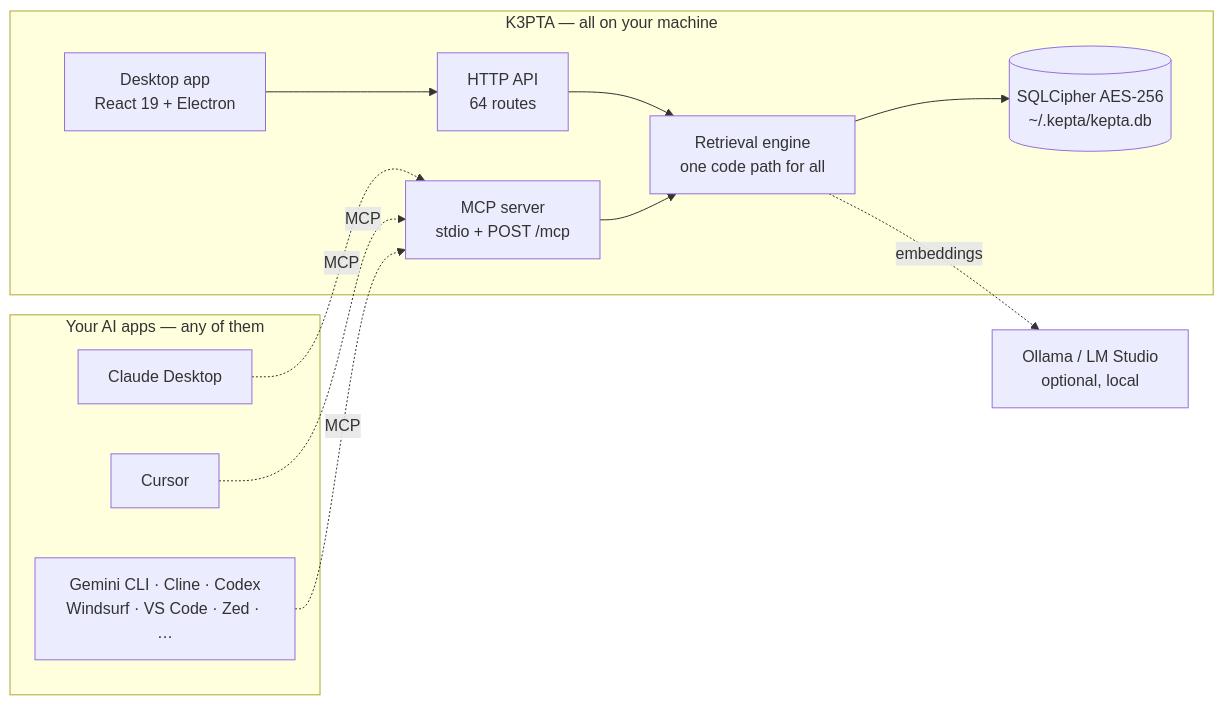
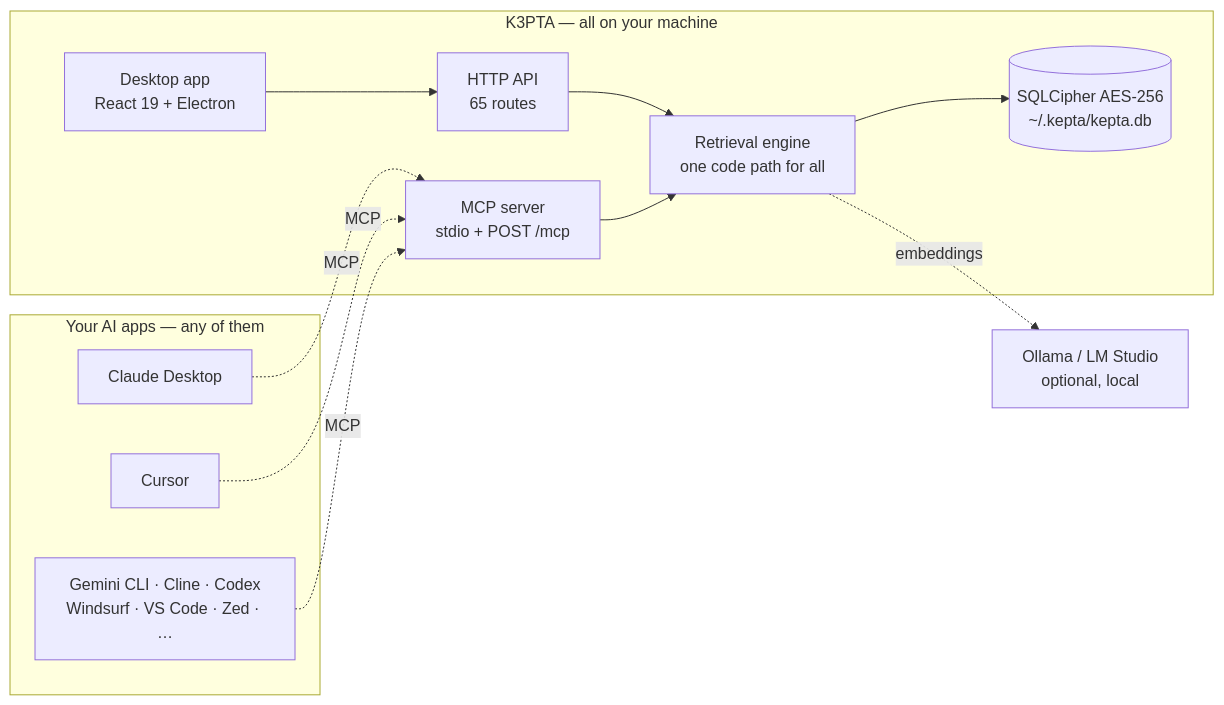
One commit to DamianTodorovic/kepta changed the first of 2 diagrams in README.md. Above: the diagram before and after it, drawn with Mermaid. The commit also changed other lines of this file and 10 other files, not shown here.

````diff
--- a/README.md
+++ b/README.md
@@ -274,22 +274,22 @@
 ```mermaid
 flowchart LR
   subgraph Clients["Your AI apps — any of them"]
     CD["Claude Desktop"]
     CU["Cursor"]
     GM["Gemini CLI · Cline · Codex<br/>Windsurf · VS Code · Zed · …"]
   end
   subgraph App["K3PTA — all on your machine"]
     UI["Desktop app<br/>React 19 + Electron"]
-    SRV["HTTP API<br/>64 routes"]
+    SRV["HTTP API<br/>65 routes"]
     MCP["MCP server<br/>stdio + POST /mcp"]
     ENG["Retrieval engine<br/>one code path for all"]
     ST[("SQLCipher AES-256<br/>~/.kepta/kepta.db")]
   end
   OLL["Ollama / LM Studio<br/>optional, local"]
   CD & CU & GM -. MCP .-> MCP
   UI --> SRV
   SRV --> ENG
   MCP --> ENG
   ENG --> ST
   ENG -. embeddings .-> OLL
 ```
````
